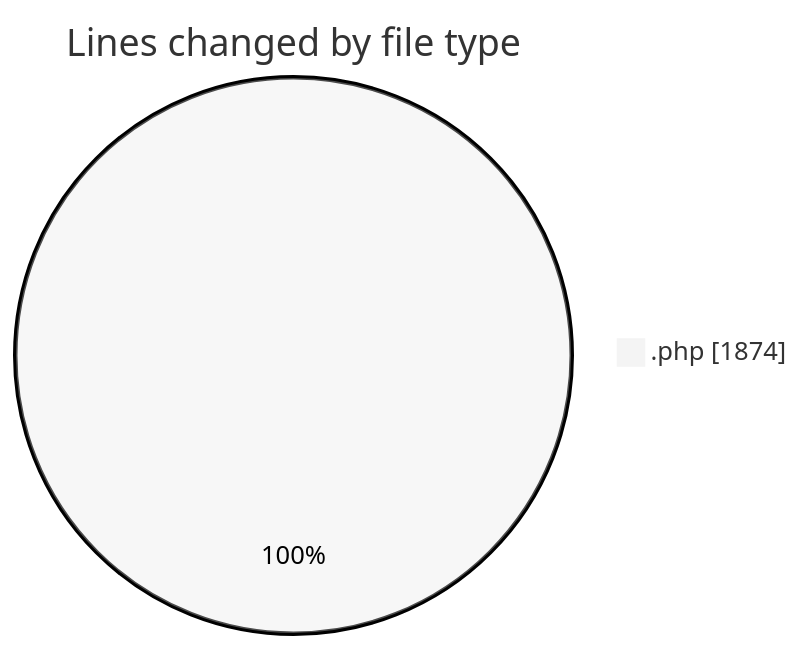
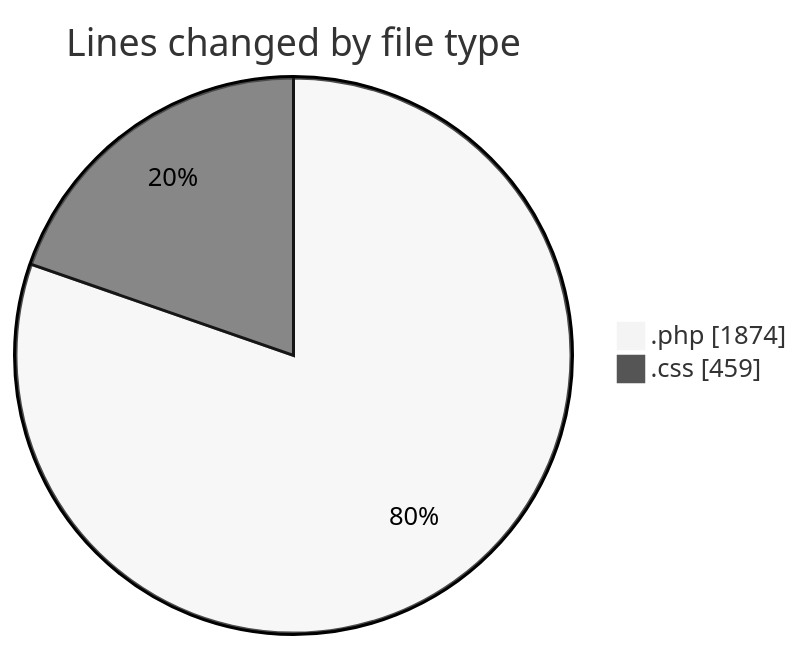
The first of 2 diagrams in 2026-08-14/untitled__workspace_/README.md (debugP/code-tracking), drawn with Mermaid (neutral theme) before and after one commit. The commit also changed other lines of this file and 1 other file, not shown here.

````diff
--- a/2026-08-14/untitled__workspace_/README.md
+++ b/2026-08-14/untitled__workspace_/README.md
@@ -20,5 +21,6 @@
 ```mermaid
 pie showData
 title Lines changed by file type
 ".php" : 1874
+".css" : 459
 ```
````
